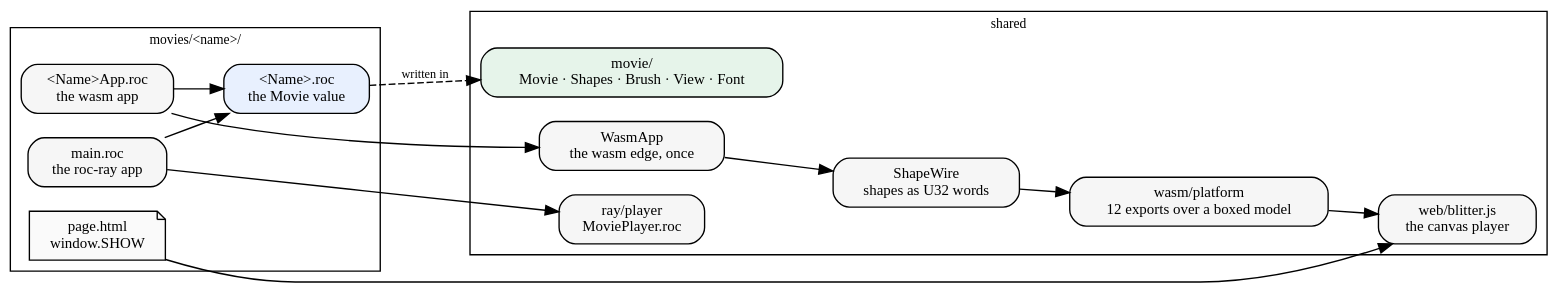
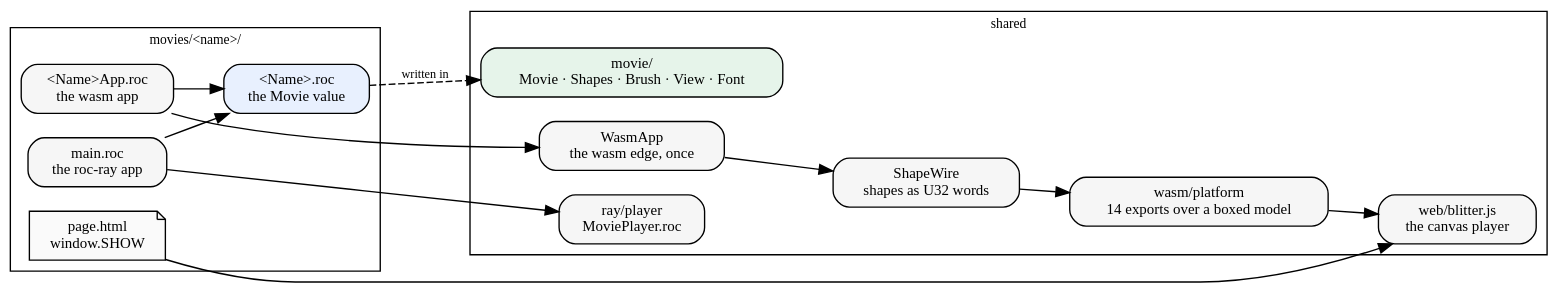
One commit to showell/essay-repl-server changed the second of 5 diagrams in notes/four-movies-one-seam.md. Above: the diagram before and after it, drawn with Graphviz. The commit also changed other lines of this file, not shown here.

First line of the commit message:
notes: four movies, rewritten as a plain architecture overview

````diff
--- a/notes/four-movies-one-seam.md
+++ b/notes/four-movies-one-seam.md
@@ -115,30 +116,30 @@
 ```dot
 digraph players {
   rankdir=LR; bgcolor="transparent"; compound=true;
   node [shape=box, style="rounded,filled", fillcolor="#f6f6f6", color="#999", fontsize=11];
   edge [color="#666", fontsize=9];
 
   subgraph cluster_m {
     label="movies/<name>/"; color="#bbb"; fontsize=10;
     mv [label="<Name>.roc\nthe Movie value", fillcolor="#e8f0fe"];
     app [label="<Name>App.roc\nthe wasm app"];
     main [label="main.roc\nthe roc-ray app"];
     page [label="page.html\nwindow.SHOW", shape=note, fillcolor="#fafafa"];
   }
 
   subgraph cluster_s {
     label="shared"; color="#bbb"; fontsize=10;
     voc [label="movie/\nMovie · Shapes · Brush · View · Font", fillcolor="#e6f4ea"];
     wa [label="WasmApp\nthe wasm edge, once"];
     wire [label="ShapeWire\nshapes as U32 words"];
-    pf [label="wasm/platform\n12 exports over a boxed model"];
+    pf [label="wasm/platform\n14 exports over a boxed model"];
     pl [label="ray/player\nMoviePlayer.roc"];
     bl [label="web/blitter.js\nthe canvas player"];
   }
 
   mv -> voc [style=dashed, label="written in"];
   app -> mv; main -> mv;
   app -> wa -> wire -> pf -> bl; page -> bl;
   main -> pl;
 }
 ```
````
